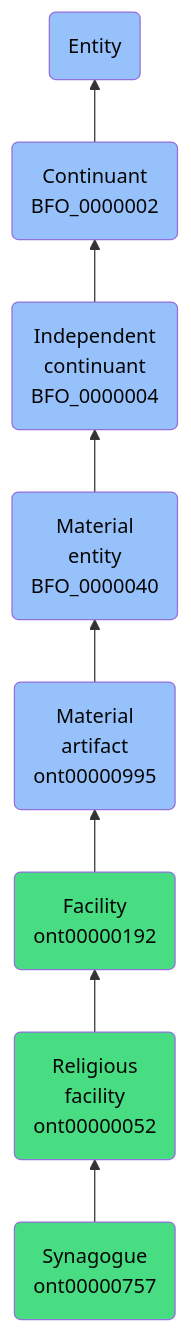
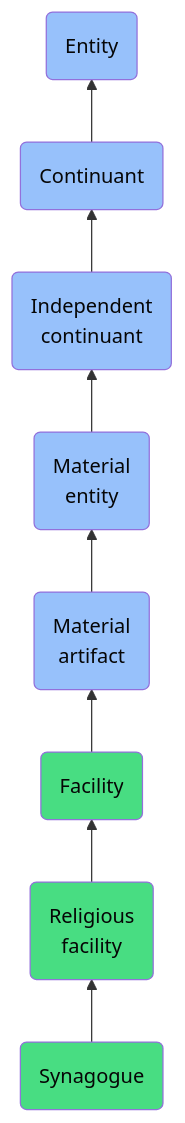
The diagram in docs/ontology/reference/model/Entity/Continuant/Independent continuant/Material entity/Material artifact/Facility/Religious facility/Synagogue/Synagogue.md (jupyter-naas/abi), drawn with Mermaid before and after one commit. The commit also changed other lines of this file and 1430 other files, not shown here.

````diff
--- a/docs/ontology/reference/model/Entity/Continuant/Independent continuant/Material entity/Material artifact/Facility/Religious facility/Synagogue/Synagogue.md
+++ b/docs/ontology/reference/model/Entity/Continuant/Independent continuant/Material entity/Material artifact/Facility/Religious facility/Synagogue/Synagogue.md
@@ -24,15 +24,15 @@
 ```mermaid
 graph BT
-    ont00000757(Synagogue<br>ont00000757):::ABI-->ont00000052
-    ont00000052(Religious<br>facility<br>ont00000052):::ABI-->ont00000192
-    ont00000192(Facility<br>ont00000192):::ABI-->ont00000995
-    ont00000995(Material<br>artifact<br>ont00000995):::BFO-->BFO_0000040
-    BFO_0000040(Material<br>entity<br>BFO_0000040):::BFO-->BFO_0000004
-    BFO_0000004(Independent<br>continuant<br>BFO_0000004):::BFO-->BFO_0000002
-    BFO_0000002(Continuant<br>BFO_0000002):::BFO-->BFO_0000001
+    ont00000757(Synagogue):::ABI-->ont00000052
+    ont00000052(Religious<br>facility):::ABI-->ont00000192
+    ont00000192(Facility):::ABI-->ont00000995
+    ont00000995(Material<br>artifact):::BFO-->BFO_0000040
+    BFO_0000040(Material<br>entity):::BFO-->BFO_0000004
+    BFO_0000004(Independent<br>continuant):::BFO-->BFO_0000002
+    BFO_0000002(Continuant):::BFO-->BFO_0000001
     BFO_0000001(Entity):::BFO
     
     classDef BFO fill:#97c1fb,color:#060606
     classDef CCO fill:#e4c51e,color:#060606
     classDef ABI fill:#48DD82,color:#060606
 ```
````
